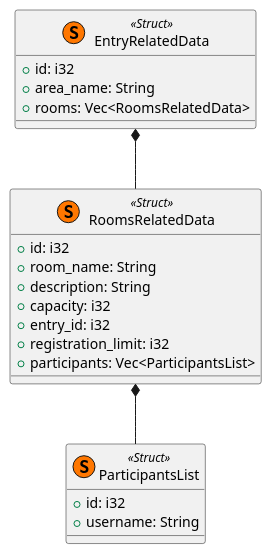
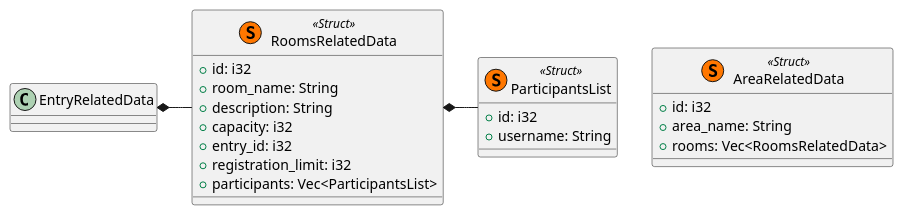
The diagram in Projekte/Verbis/Beam/Entwurf_overview.puml (Martin1088/Plantuml-With-Screenreader), drawn with PlantUML before and after one commit. The commit also changed 38 other files, not shown here.

```diff
--- a/Projekte/Verbis/Beam/Entwurf_overview.puml
+++ b/Projekte/Verbis/Beam/Entwurf_overview.puml
@@ -1,28 +1,28 @@
 @startuml
 
-class EntryRelatedData << (S, #FF7700) Struct>> {
+class AreaRelatedData << (S, #FF7700) Struct>> {
     + id: i32
     + area_name: String
     + rooms: Vec<RoomsRelatedData>
 }
 
 
 class RoomsRelatedData << (S, #FF7700) Struct>> {
     + id: i32
     + room_name: String
     + description: String
     + capacity: i32
     + entry_id: i32
     + registration_limit: i32
     + participants: Vec<ParticipantsList>
 }
 
 class ParticipantsList << (S, #FF7700) Struct>> {
     + id: i32
     + username: String
 }
 
-EntryRelatedData *-- RoomsRelatedData
-RoomsRelatedData *-- ParticipantsList
+EntryRelatedData *- RoomsRelatedData
+RoomsRelatedData *- ParticipantsList
 
 @enduml
```
